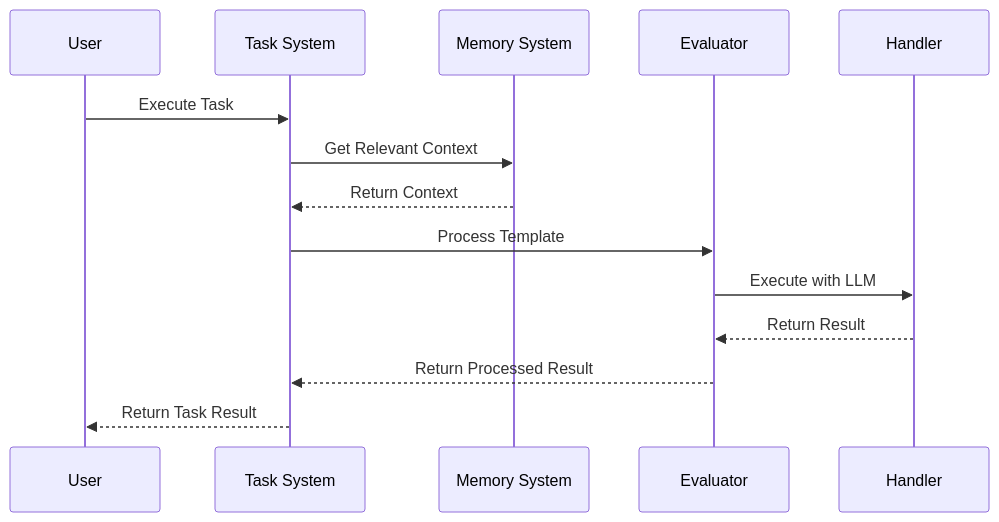
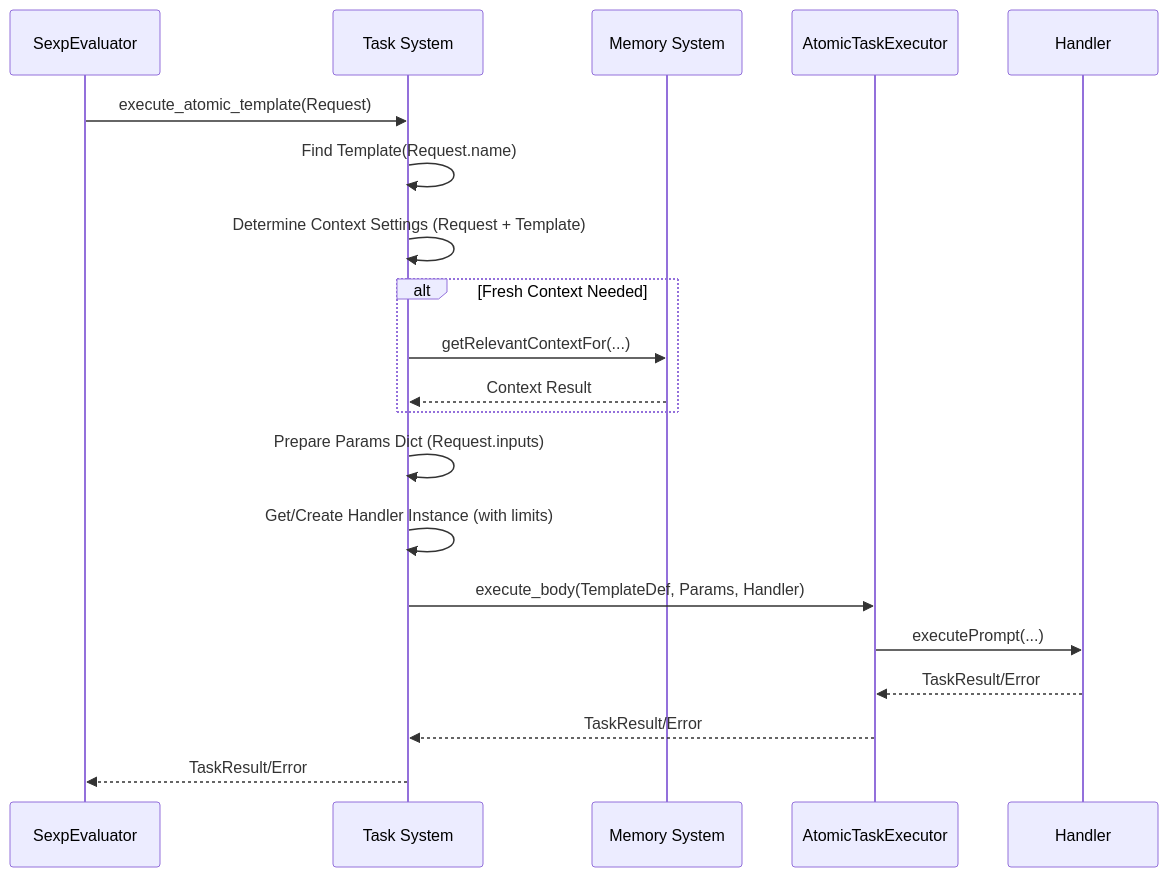
The diagram in docs/components/task-system/README.md (hoidn/llm), drawn with Mermaid before and after one commit. The commit also changed other lines of this file and 16 other files, not shown here.

Commit message:
refactor: Simplify TaskSystem.execute_atomic_template signature

````diff
--- a/docs/components/task-system/README.md
+++ b/docs/components/task-system/README.md
@@ -49,17 +32,23 @@
 ```mermaid
 sequenceDiagram
-    participant User
+    participant SexpEval as SexpEvaluator
     participant TS as Task System
     participant MS as Memory System
-    participant EV as Evaluator
+    participant ATE as AtomicTaskExecutor
     participant HD as Handler
-    
-    User->>TS: Execute Task
-    TS->>MS: Get Relevant Context
-    MS-->>TS: Return Context
-    TS->>EV: Process Template
-    EV->>HD: Execute with LLM
-    HD-->>EV: Return Result
-    EV-->>TS: Return Processed Result
-    TS-->>User: Return Task Result
+
+    SexpEval->>TS: execute_atomic_template(Request)
+    TS->>TS: Find Template(Request.name)
+    TS->>TS: Determine Context Settings (Request + Template)
+    alt Fresh Context Needed
+        TS->>MS: getRelevantContextFor(...)
+        MS-->>TS: Context Result
+    end
+    TS->>TS: Prepare Params Dict (Request.inputs)
+    TS->>TS: Get/Create Handler Instance (with limits)
+    TS->>ATE: execute_body(TemplateDef, Params, Handler)
+    ATE->>HD: executePrompt(...)
+    HD-->>ATE: TaskResult/Error
+    ATE-->>TS: TaskResult/Error
+    TS-->>SexpEval: TaskResult/Error
 ```
````
